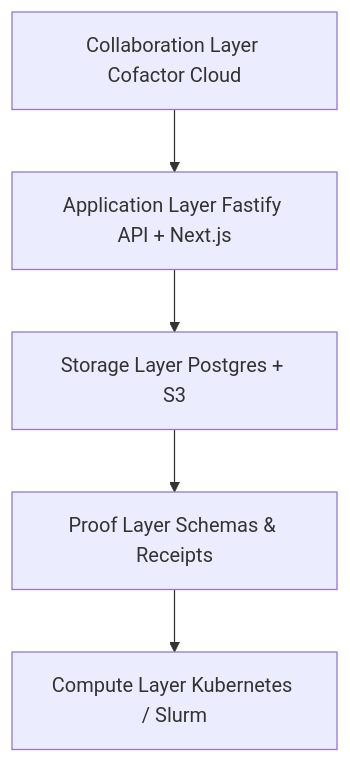
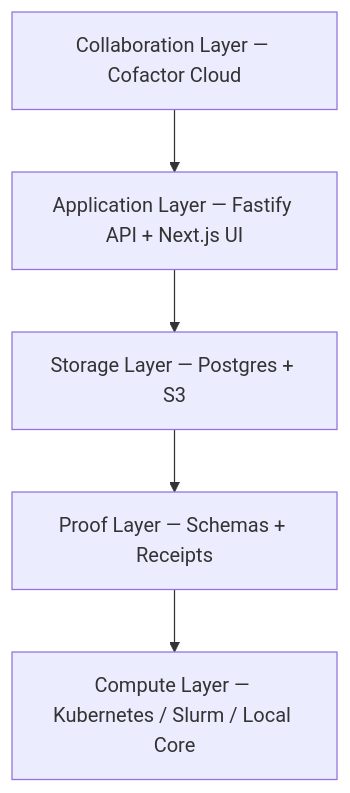
One commit to Science-Abundance/docs changed the fourth of 5 diagrams in README.md. Above: the diagram before and after it, drawn with Mermaid. The commit also changed other lines of this file, not shown here.

````diff
--- a/README.md
+++ b/README.md
@@ -95,7 +88,7 @@
 ```mermaid
 flowchart TD
-  Collab[Collaboration Layer Cofactor Cloud] --> App[Application Layer Fastify API + Next.js]
-  App --> Storage[Storage Layer Postgres + S3]
-  Storage --> Proof[Proof Layer Schemas & Receipts]
-  Proof --> Compute[Compute Layer Kubernetes / Slurm]
+  Collab[Collaboration Layer — Cofactor Cloud] --> App[Application Layer — Fastify API + Next.js UI]
+  App --> Storage[Storage Layer — Postgres + S3]
+  Storage --> Proof[Proof Layer — Schemas + Receipts]
+  Proof --> Compute[Compute Layer — Kubernetes / Slurm / Local Core]
 ```
````
